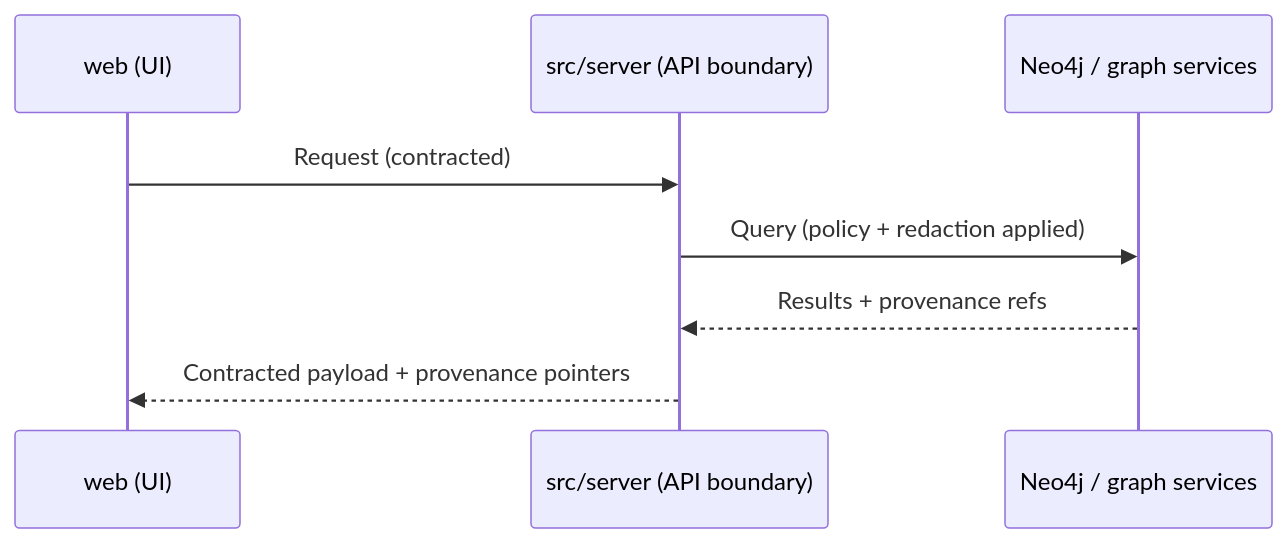
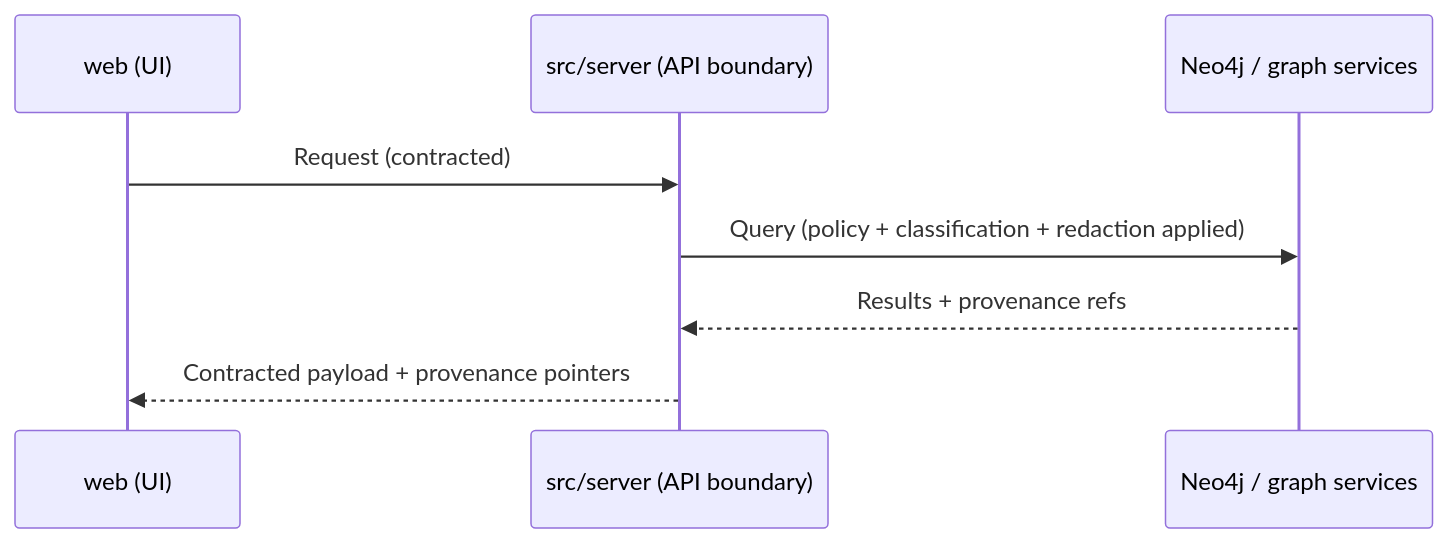
Before and after one commit to bartytime4life/Kansas-Frontier-Matrix: the second of 2 diagrams in src/README.md, drawn with Mermaid. The commit also changed other lines of this file, not shown here.

```diff
--- a/src/README.md
+++ b/src/README.md
@@ -356,10 +364,10 @@
 ~~~mermaid
 sequenceDiagram
   participant UI as web (UI)
   participant API as src/server (API boundary)
   participant Graph as Neo4j / graph services
   UI->>API: Request (contracted)
-  API->>Graph: Query (policy + redaction applied)
+  API->>Graph: Query (policy + classification + redaction applied)
   Graph-->>API: Results + provenance refs
   API-->>UI: Contracted payload + provenance pointers
 ~~~
```
